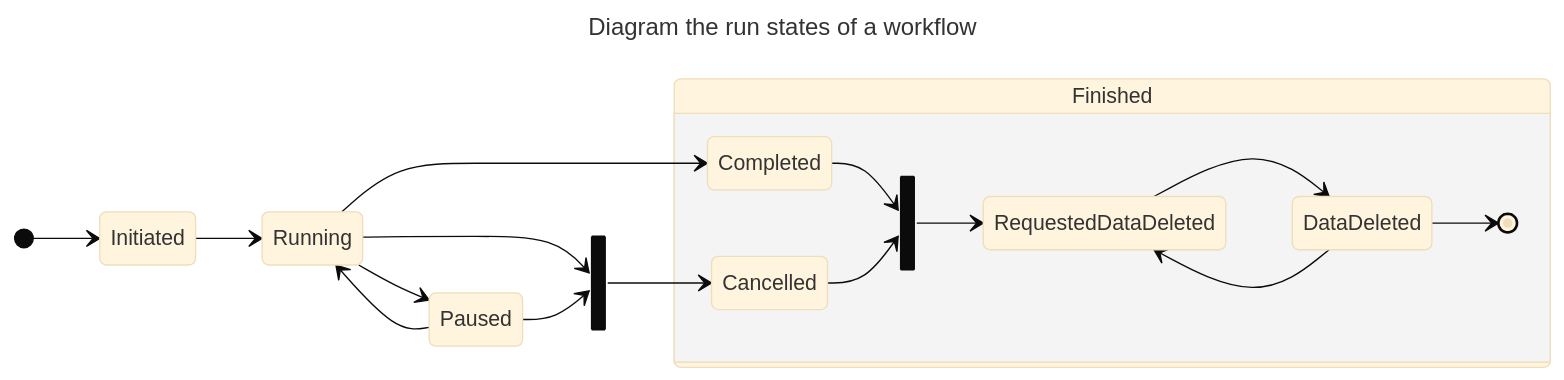
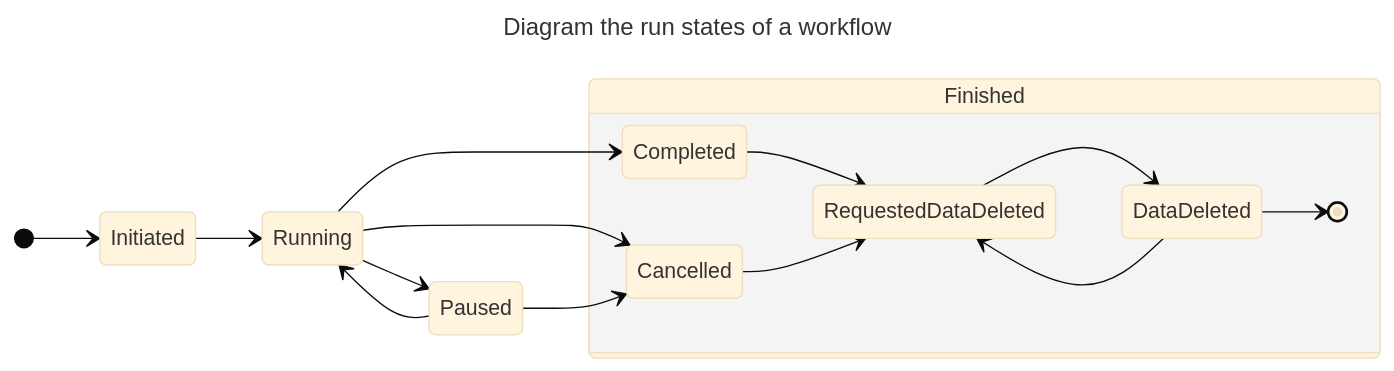
One commit to luno/workflow changed the second of 2 diagrams in README.md. Above: the diagram before and after it, drawn with Mermaid (base theme). The commit also changed 1 other file, not shown here.

Commit message:
simplify run state diagram

````diff
--- a/README.md
+++ b/README.md
@@ -175,33 +175,28 @@
 ```mermaid
 ---
 title: Diagram the run states of a workflow
 ---
 stateDiagram-v2
 	direction LR
     
 	[*]-->Initiated
 
     Initiated-->Running
     
     Running-->Completed
     Running-->Paused
 
     Paused-->Running
     
-    state join_state_1 <<join>>
-    Running --> join_state_1
-    Paused --> join_state_1
-    join_state_1 --> Cancelled
+    Running --> Cancelled
+    Paused --> Cancelled
     
     state Finished {
-        state join_state_2 <<join>>
-        Completed --> join_state_2
-        Cancelled --> join_state_2
-        join_state_2 --> RequestedDataDeleted
+        Completed --> RequestedDataDeleted
+        Cancelled --> RequestedDataDeleted
             
-
         DataDeleted-->RequestedDataDeleted
         RequestedDataDeleted-->DataDeleted
         DataDeleted-->[*]
     }
 ```
````
